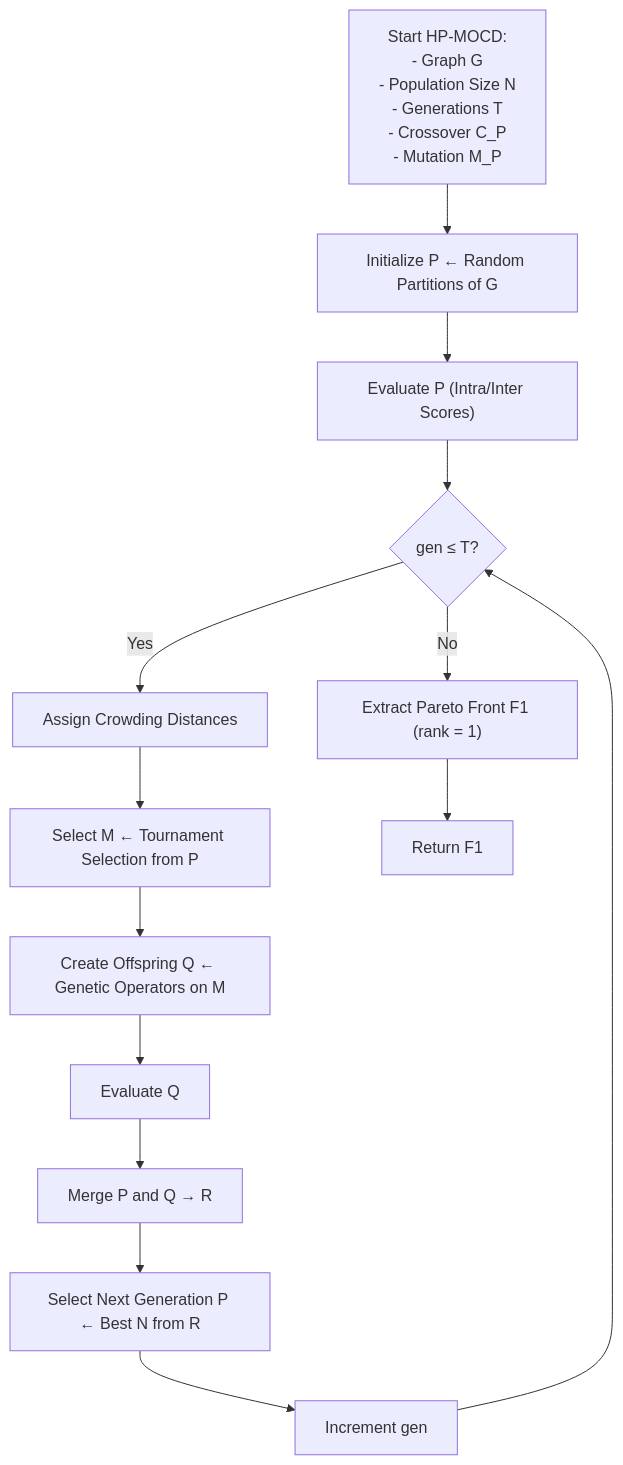
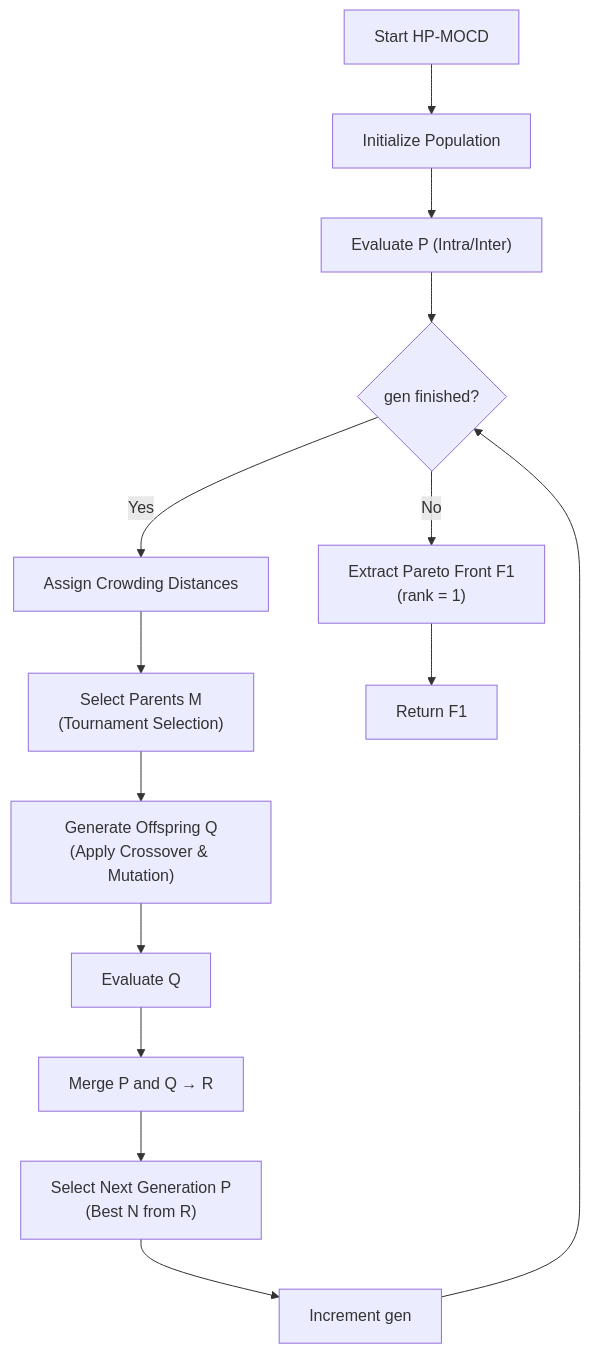
One commit to oliveira-sh/pymocd changed the diagram in docs/content/docs/hpmocd/overview.md. Above: the diagram before and after it, drawn with Mermaid. The commit also changed other lines of this file and 6 other files, not shown here.

````diff
--- a/docs/content/docs/hpmocd/overview.md
+++ b/docs/content/docs/hpmocd/overview.md
@@ -43,16 +43,25 @@
 ```mermaid
 flowchart TD
-    A["Start HP-MOCD:\n- Graph G\n- Population Size N\n- Generations T\n- Crossover C_P\n- Mutation M_P"] --> B["Initialize P ← Random Partitions of G"]
-    B --> C["Evaluate P (Intra/Inter Scores)"]
-    C --> D{gen ≤ T?}
+    %% Start
+    A["Start HP-MOCD"]--> B["Initialize Population"]
+
+    %% First evaluation
+    B --> C["Evaluate P (Intra/Inter)"]
+
+    %% Main loop condition
+    C --> D{"gen finished?"}
+
+    %% Loop path
     D -- Yes --> E["Assign Crowding Distances"]
-    E --> F["Select M ← Tournament Selection from P"]
-    F --> G["Create Offspring Q ← Genetic Operators on M"]
+    E --> F["Select Parents M\n(Tournament Selection)"]
+    F --> G["Generate Offspring Q\n(Apply Crossover & Mutation)"]
     G --> H["Evaluate Q"]
     H --> I["Merge P and Q → R"]
-    I --> J["Select Next Generation P ← Best N from R"]
+    I --> J["Select Next Generation P\n(Best N from R)"]
     J --> K["Increment gen"]
     K --> D
-    D -- No --> L["Extract Pareto Front F1 (rank = 1)"]
+
+    %% End path
+    D -- No --> L["Extract Pareto Front F1\n(rank = 1)"]
     L --> M["Return F1"]
 ```
````
